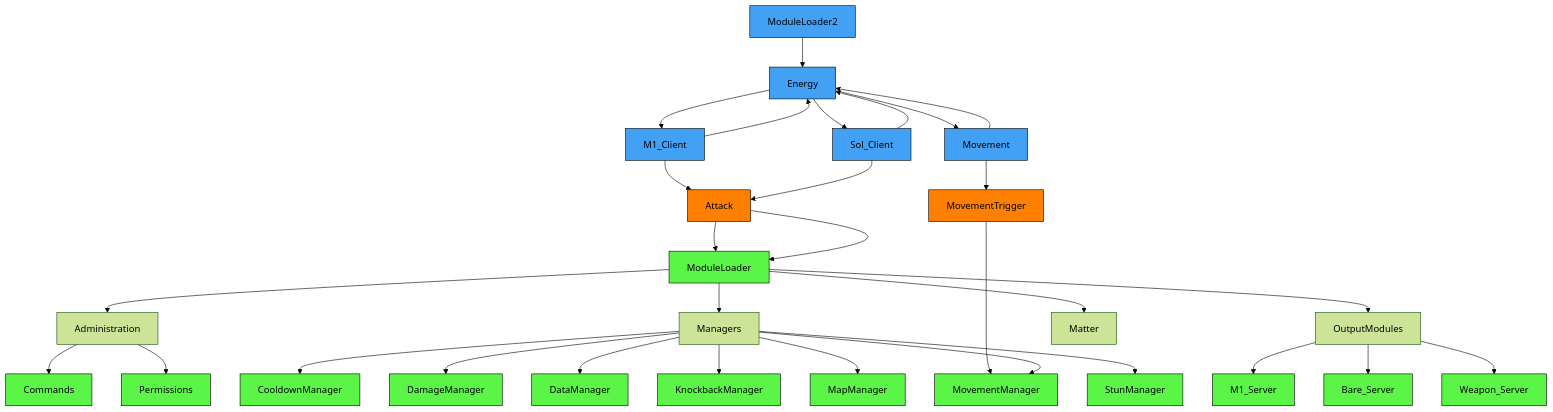
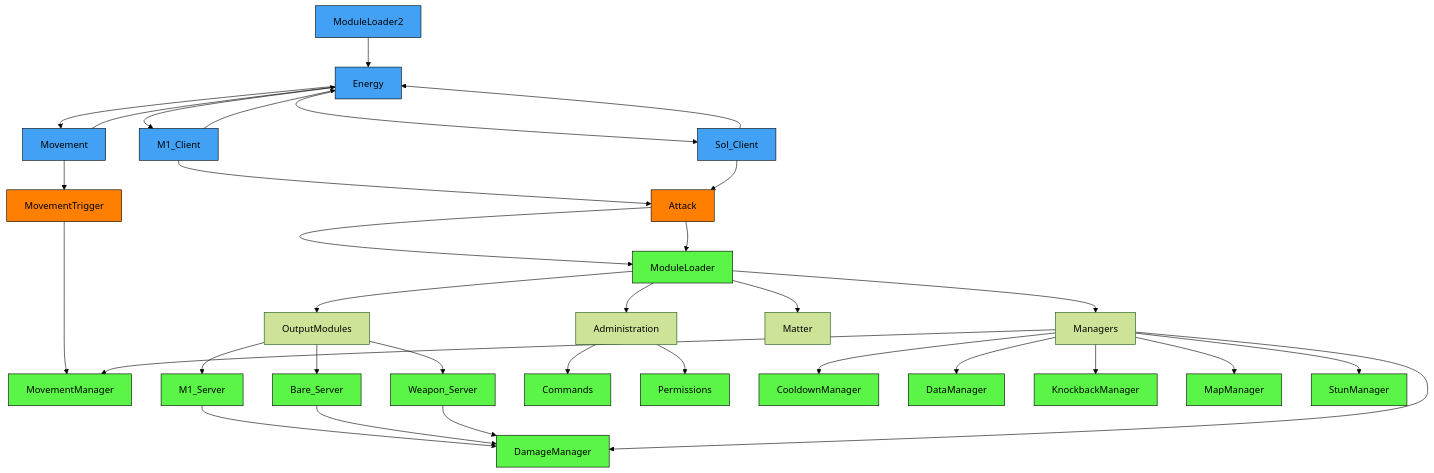
One commit to altair5607249/Crusaders-Game changed the diagram in README.md. Above: the diagram before and after it, drawn with Mermaid (forest theme).

````diff
--- a/README.md
+++ b/README.md
@@ -21,35 +21,35 @@
 ```mermaid
 graph TD;
 
   classDef serverNode fill:#5bf547,stroke:#000000,color:#000000
   classDef clientNode fill:#42a1f5,stroke:#000000,color:#000000
   classDef remoteEvent fill:#FF7F00,stroke:#000000,color:#000000
 
   ModuleLoader2-->Energy;
   Energy-->M1_Client-->Energy;
   Energy-->Sol_Client-->Energy;
   Energy-->Movement-->Energy;
   M1_Client-->Attack-->ModuleLoader;
   Sol_Client-->Attack-->ModuleLoader;
   Movement-->MovementTrigger-->MovementManager;
   ModuleLoader-->Administration;
   ModuleLoader-->Managers;
   ModuleLoader-->OutputModules;
   ModuleLoader-->Matter;
-  OutputModules-->M1_Server;
-  OutputModules-->Bare_Server;
-  OutputModules-->Weapon_Server;
+  OutputModules-->M1_Server-->DamageManager;
+  OutputModules-->Bare_Server-->DamageManager;
+  OutputModules-->Weapon_Server-->DamageManager;
   Administration-->Commands;
   Administration-->Permissions;
   Managers-->CooldownManager;
   Managers-->DamageManager;
   Managers-->DataManager;
   Managers-->KnockbackManager;
   Managers-->MapManager;
   Managers-->MovementManager;
   Managers-->StunManager;
 
   class ModuleLoader,M1_Server,Bare_Server,Weapon_Server,MovementManager,Commands,Permissions,CooldownManager,DamageManager,DataManager,KnockbackManager,MapManager,MovementManager,StunManager serverNode;
   class ModuleLoader2,Energy,M1_Client,Sol_Client,Movement clientNode;
   class Attack,MovementTrigger remoteEvent;
 ```  
````
